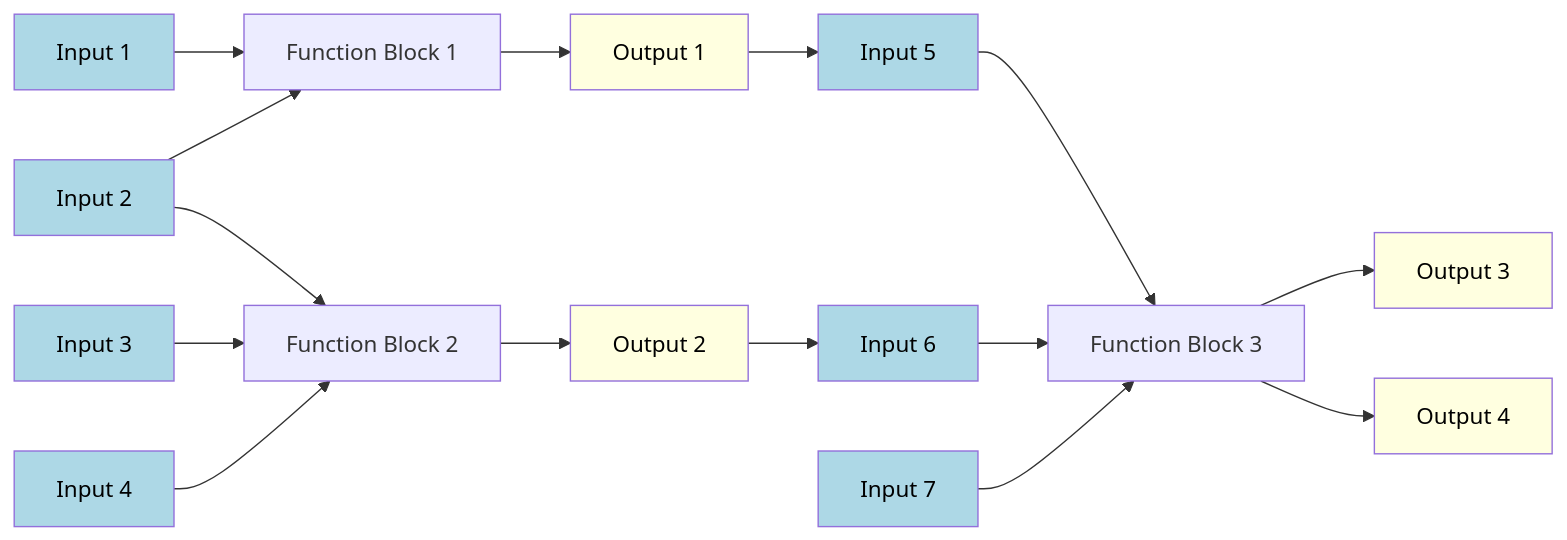
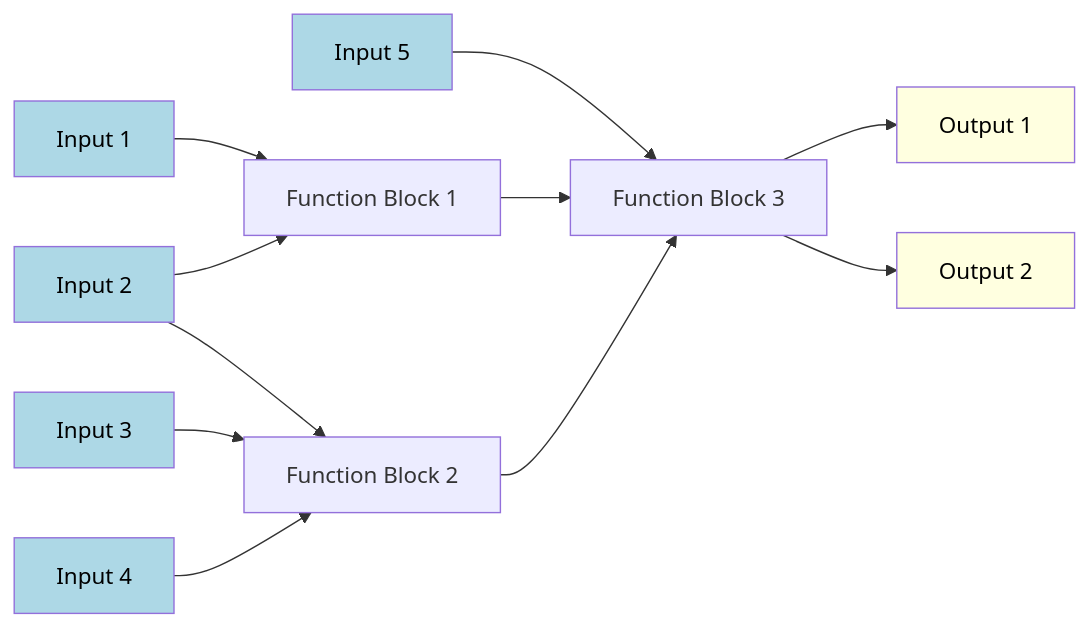
One commit to khoitmp/function-block changed the diagram in README.md. Above: the diagram before and after it, drawn with Mermaid. The commit also changed 20 other files, not shown here.

Commit message:
Build and run graph functions

````diff
--- a/README.md
+++ b/README.md
@@ -6,51 +6,37 @@
 ```mermaid
 graph LR;
     IN1[Input 1]
     IN2[Input 2]
     IN3[Input 3]
     IN4[Input 4]
     IN5[Input 5]
-    IN6[Input 6]
-    IN7[Input 7]
 
     OUT1[Output 1]
     OUT2[Output 2]
-
-    OUT3[Output 3]
-    OUT4[Output 4]
 
     FB1[Function Block 1]
     FB2[Function Block 2]
     FB3[Function Block 3]
 
     IN1 --> FB1
     IN2 --> FB1
     IN2 --> FB2
     IN3 --> FB2
     IN4 --> FB2
     IN5 --> FB3
-    IN6 --> FB3
-    IN7 --> FB3
 
-    FB1 --> OUT1
-    FB2 --> OUT2
+    FB1 --> FB3
+    FB2 --> FB3
 
-    OUT1 --> IN5
-    OUT2 --> IN6
-
-    FB3 --> OUT3
-    FB3 --> OUT4
+    FB3 --> OUT1
+    FB3 --> OUT2
 
     style IN1 fill:#ADD8E6,color:#000000
     style IN2 fill:#ADD8E6,color:#000000
     style IN3 fill:#ADD8E6,color:#000000
     style IN4 fill:#ADD8E6,color:#000000
     style IN5 fill:#ADD8E6,color:#000000
-    style IN6 fill:#ADD8E6,color:#000000
-    style IN7 fill:#ADD8E6,color:#000000     
 
     style OUT1 fill:#FFFFE0,color:#000000
     style OUT2 fill:#FFFFE0,color:#000000
-    style OUT3 fill:#FFFFE0,color:#000000
-    style OUT4 fill:#FFFFE0,color:#000000   
 ```
````
